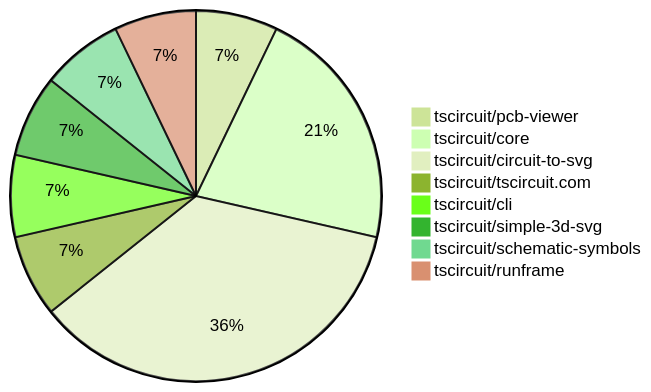
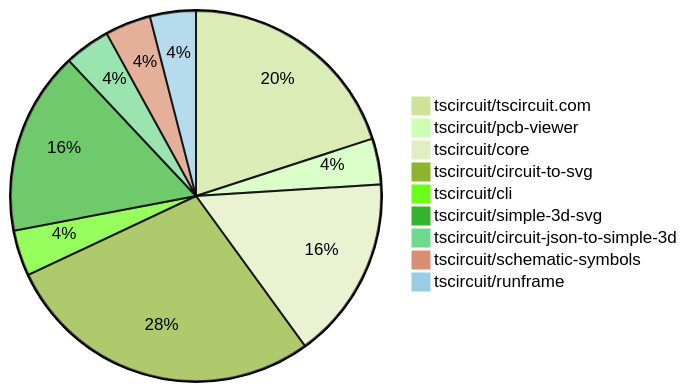
One commit to tscircuit/contribution-tracker changed the diagram in contribution-overviews/2025-06-04.md. Above: the diagram before and after it, drawn with Mermaid (forest theme). The commit also changed other lines of this file and 3 other files, not shown here.

````diff
--- a/contribution-overviews/2025-06-04.md
+++ b/contribution-overviews/2025-06-04.md
@@ -5,11 +5,12 @@
 ```mermaid
 pie
+    "tscircuit/tscircuit.com" : 5
     "tscircuit/pcb-viewer" : 1
-    "tscircuit/core" : 3
-    "tscircuit/circuit-to-svg" : 5
-    "tscircuit/tscircuit.com" : 1
+    "tscircuit/core" : 4
+    "tscircuit/circuit-to-svg" : 7
     "tscircuit/cli" : 1
-    "tscircuit/simple-3d-svg" : 1
+    "tscircuit/simple-3d-svg" : 4
+    "tscircuit/circuit-json-to-simple-3d" : 1
     "tscircuit/schematic-symbols" : 1
     "tscircuit/runframe" : 1
 ```
````
